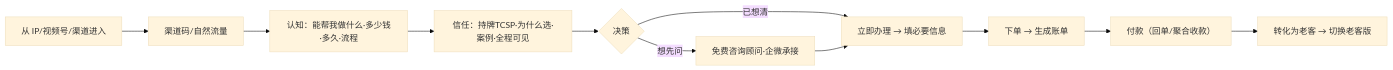
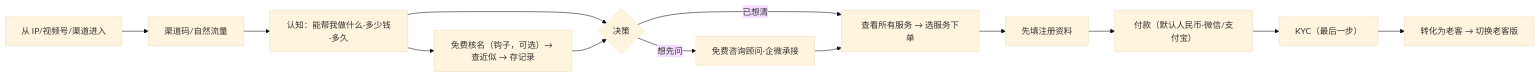
Before and after one commit to xiahan3/leapex_Leapexbiz: the first of 2 diagrams in docs/PRD_小程序双版本_新客与老客_v1.0.md, drawn with Mermaid (base theme). The commit also changed other lines of this file and 4 other files, not shown here.

````diff
--- a/docs/PRD_小程序双版本_新客与老客_v1.0.md
+++ b/docs/PRD_小程序双版本_新客与老客_v1.0.md
@@ -27,13 +41,15 @@
 ```mermaid
 flowchart LR
   A[从 IP/视频号/渠道进入] --> B[渠道码/自然流量]
-  B --> C[认知：能帮我做什么·多少钱·多久·流程]
-  C --> D[信任：持牌TCSP·为什么选·案例·全程可见]
-  D --> E{决策}
-  E -->|想先问| F[免费咨询顾问·企微承接]
-  E -->|已想清| G[立即办理 → 填必要信息]
+  B --> C[认知：能帮我做什么·多少钱·多久]
+  C --> H1[免费核名（钩子，可选）→ 查近似 → 存记录]
+  C --> D{决策}
+  H1 --> D
+  D -->|想先问| F[免费咨询顾问·企微承接]
+  D -->|已想清| G[查看所有服务 → 选服务下单]
   F --> G
-  G --> H[下单 → 生成账单]
-  H --> I[付款（回单/聚合收款）]
-  I --> J[转化为老客 → 切换老客版]
+  G --> R[先填注册资料]
+  R --> P[付款（默认人民币·微信/支付宝）]
+  P --> K[KYC（最后一步）]
+  K --> J[转化为老客 → 切换老客版]
 ```
````
